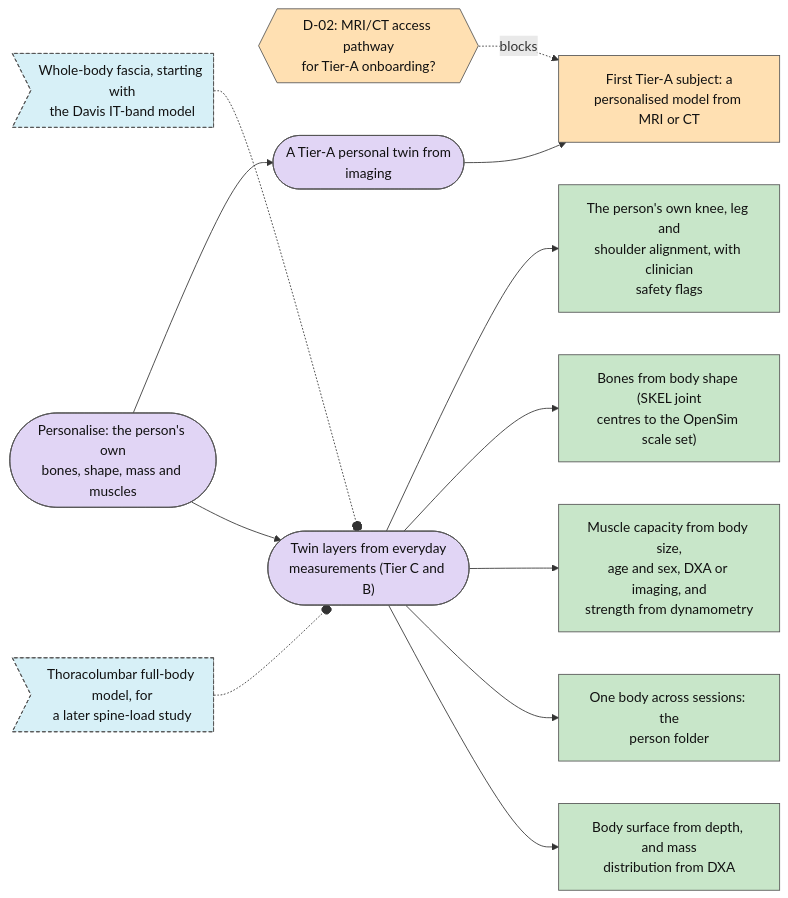
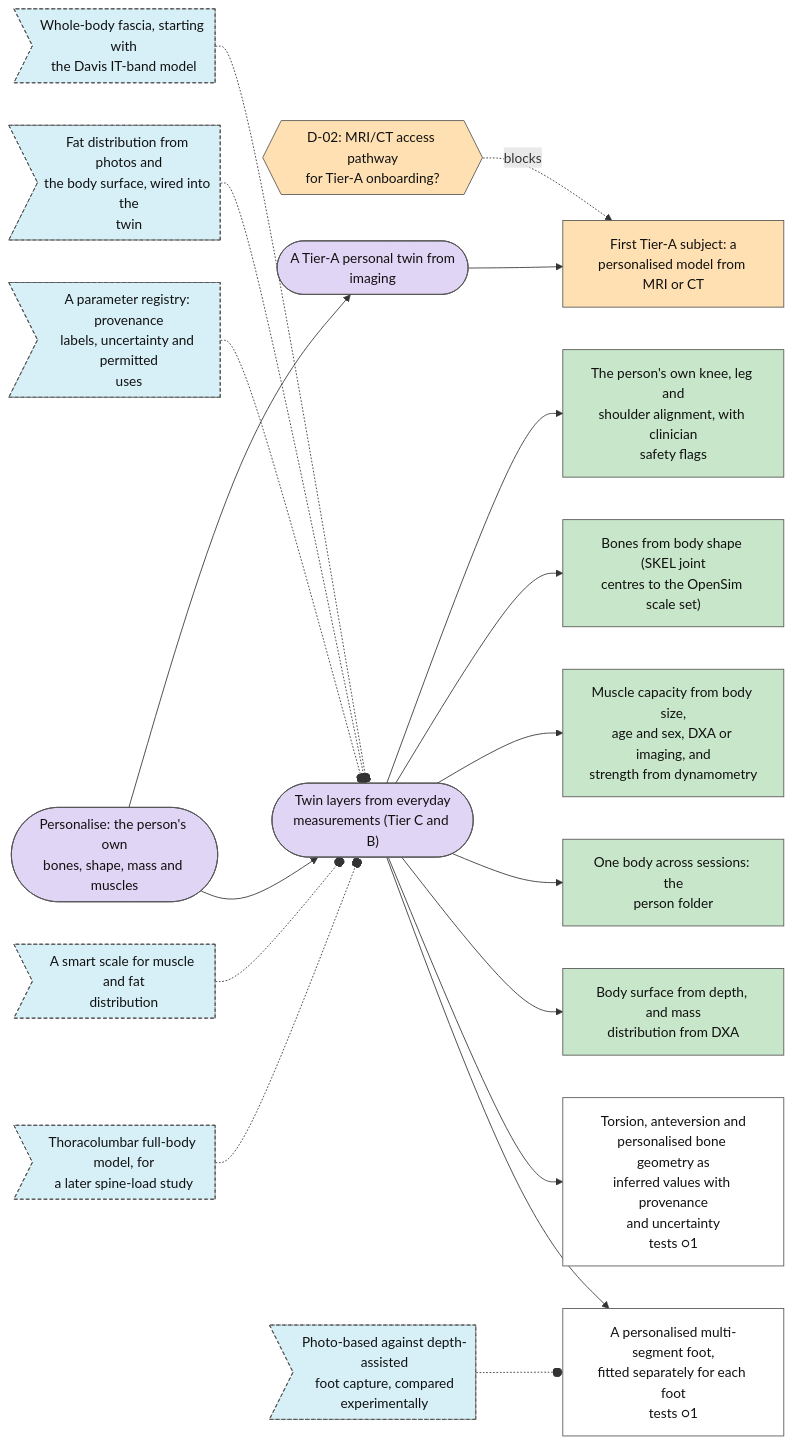
Before and after one commit to Sigurius23/Rehab-agent: the third of 7 diagrams in plan/MAP.md, drawn with Mermaid. The commit also changed other lines of this file and 33 other files, not shown here.

````diff
--- a/plan/MAP.md
+++ b/plan/MAP.md
@@ -116,45 +128,57 @@
 ```mermaid
 flowchart LR
   n0{{"D-02: MRI/CT access pathway<br/>for Tier-A onboarding?"}}:::decision_open
   n1(["A Tier-A personal twin from<br/>imaging"]):::goal_open
   n2(["Twin layers from everyday<br/>measurements (Tier C and B)"]):::goal_open
   n3>"Whole-body fascia, starting with<br/>the Davis IT-band model"]:::idea_new
-  n4>"Thoracolumbar full-body model, for<br/>a later spine-load study"]:::idea_new
-  n5["The person's own knee, leg and<br/>shoulder alignment, with clinician<br/>safety flags"]:::step_done
-  n6["Bones from body shape (SKEL joint<br/>centres to the OpenSim scale set)"]:::step_done
-  n7["Muscle capacity from body size,<br/>age and sex, DXA or imaging, and<br/>strength from dynamometry"]:::step_done
-  n8["One body across sessions: the<br/>person folder"]:::step_done
-  n9["Body surface from depth, and mass<br/>distribution from DXA"]:::step_done
-  n10(["Personalise: the person's own<br/>bones, shape, mass and muscles"]):::goal_open
-  n11["First Tier-A subject: a<br/>personalised model from MRI or CT"]:::step_blocked
-  n0 -. blocks .-> n11
-  n10 --> n1
-  n10 --> n2
+  n4>"Fat distribution from photos and<br/>the body surface, wired into the<br/>twin"]:::idea_new
+  n5>"Photo-based against depth-assisted<br/>foot capture, compared<br/>experimentally"]:::idea_new
+  n6>"A parameter registry: provenance<br/>labels, uncertainty and permitted<br/>uses"]:::idea_new
+  n7>"A smart scale for muscle and fat<br/>distribution"]:::idea_new
+  n8>"Thoracolumbar full-body model, for<br/>a later spine-load study"]:::idea_new
+  n9["The person's own knee, leg and<br/>shoulder alignment, with clinician<br/>safety flags"]:::step_done
+  n10["Bones from body shape (SKEL joint<br/>centres to the OpenSim scale set)"]:::step_done
+  n11["Muscle capacity from body size,<br/>age and sex, DXA or imaging, and<br/>strength from dynamometry"]:::step_done
+  n12["One body across sessions: the<br/>person folder"]:::step_done
+  n13["Body surface from depth, and mass<br/>distribution from DXA"]:::step_done
+  n14(["Personalise: the person's own<br/>bones, shape, mass and muscles"]):::goal_open
+  n15["Torsion, anteversion and<br/>personalised bone geometry as<br/>inferred values with provenance<br/>and uncertainty<br/>tests ○1"]:::step_open
+  n16["A personalised multi-segment foot,<br/>fitted separately for each foot<br/>tests ○1"]:::step_open
+  n17["First Tier-A subject: a<br/>personalised model from MRI or CT"]:::step_blocked
+  n0 -. blocks .-> n17
+  n14 --> n1
+  n14 --> n2
   n3 -.-o n2
   n4 -.-o n2
-  n2 --> n5
-  n2 --> n6
-  n2 --> n7
-  n2 --> n8
+  n5 -.-o n16
+  n6 -.-o n2
+  n7 -.-o n2
+  n8 -.-o n2
   n2 --> n9
-  n1 --> n11
+  n2 --> n10
+  n2 --> n11
+  n2 --> n12
+  n2 --> n13
+  n2 --> n15
+  n2 --> n16
+  n1 --> n17
   classDef goal_open fill:#e1d5f5,stroke:#555,color:#111
   classDef goal_done fill:#c8e6c9,stroke:#555,color:#111
   classDef step_open fill:#ffffff,stroke:#555,color:#111
   classDef step_doing fill:#fff3c4,stroke:#555,color:#111
   classDef step_done fill:#c8e6c9,stroke:#555,color:#111
   classDef step_blocked fill:#ffe0b2,stroke:#555,color:#111
   classDef step_dropped fill:#eeeeee,stroke:#555,color:#111
   classDef test_planned fill:#ffffff,stroke:#555,color:#111
   classDef test_running fill:#fff3c4,stroke:#555,color:#111
   classDef test_passed fill:#c8e6c9,stroke:#555,color:#111
   classDef test_failed fill:#ffcdd2,stroke:#555,color:#111
   classDef test_mixed fill:#fff3c4,stroke:#555,color:#111
   classDef test_dropped fill:#eeeeee,stroke:#555,color:#111
   classDef idea_new fill:#d7f0f7,stroke:#555,color:#111,stroke-dasharray: 4 3
   classDef idea_promoted fill:#eeeeee,stroke:#555,color:#111,stroke-dasharray: 4 3
   classDef idea_dropped fill:#eeeeee,stroke:#555,color:#111,stroke-dasharray: 4 3
   classDef decision_open fill:#ffe0b2,stroke:#555,color:#111
   classDef decision_decided fill:#ffe0b2,stroke:#555,color:#111
   classDef external fill:#f5f5f5,stroke:#aaa,color:#777,stroke-dasharray: 2 2
 ```
````
